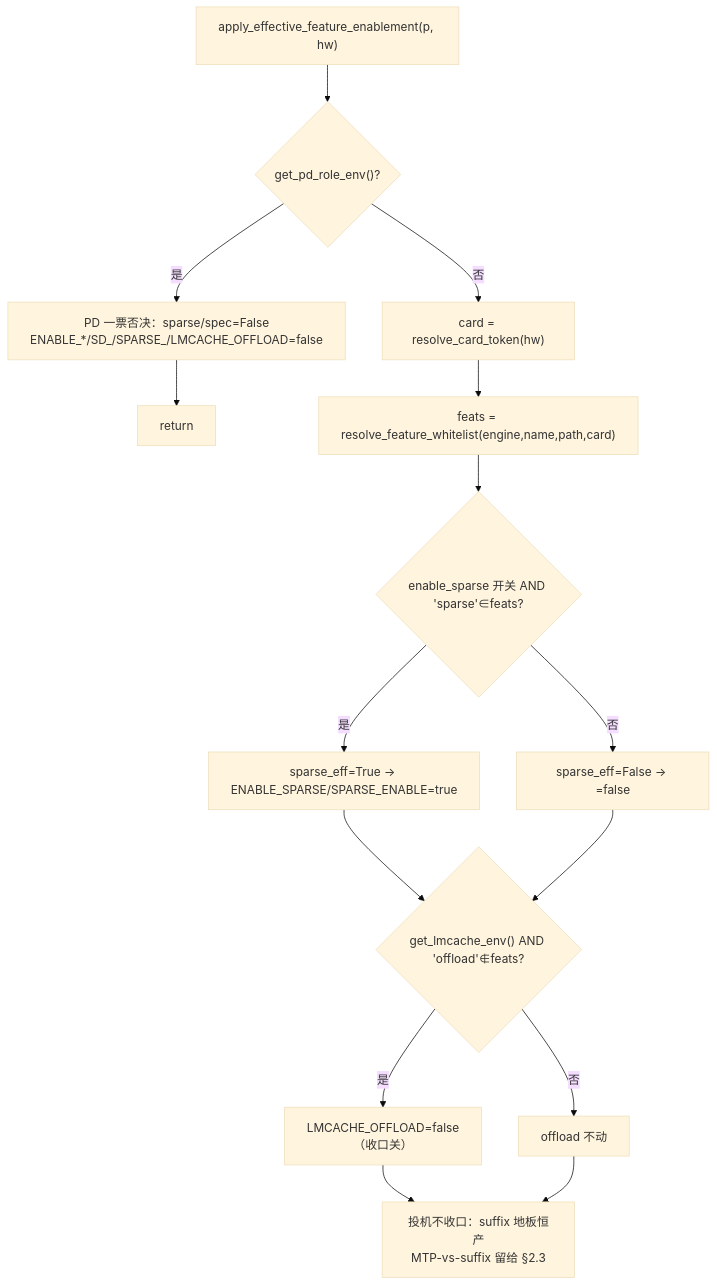
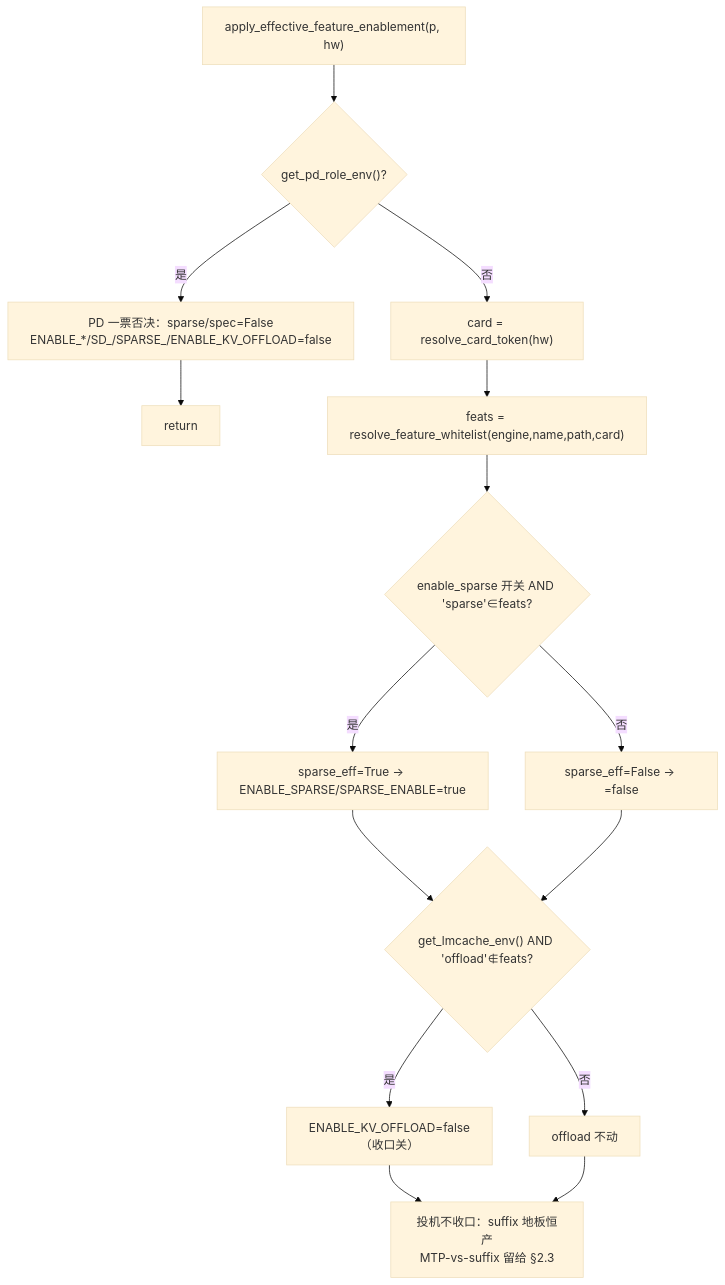
One commit to thegodloy-jpg/wings-control changed the first of 18 diagrams in xuqiu/smart/需求一-三特性使能.md. Above: the diagram before and after it, drawn with Mermaid (base theme). The commit also changed other lines of this file and 1 other file, not shown here.

````diff
--- a/xuqiu/smart/需求一-三特性使能.md
+++ b/xuqiu/smart/需求一-三特性使能.md
@@ -487,16 +573,16 @@
 ```mermaid
 flowchart TD
   A["apply_effective_feature_enablement(p, hw)"] --> B{"get_pd_role_env()?"}
-  B -- 是 --> C["PD 一票否决：sparse/spec=False<br/>ENABLE_*/SD_/SPARSE_/LMCACHE_OFFLOAD=false"] --> Z["return"]
+  B -- 是 --> C["PD 一票否决：sparse/spec=False<br/>ENABLE_*/SD_/SPARSE_/ENABLE_KV_OFFLOAD=false"] --> Z["return"]
   B -- 否 --> D["card = resolve_card_token(hw)"]
   D --> E["feats = resolve_feature_whitelist(engine,name,path,card)"]
   E --> F{"enable_sparse 开关 AND 'sparse'∈feats?"}
   F -- 是 --> G["sparse_eff=True → ENABLE_SPARSE/SPARSE_ENABLE=true"]
   F -- 否 --> H["sparse_eff=False → =false"]
   G --> I{"get_lmcache_env() AND 'offload'∉feats?"}
   H --> I
-  I -- 是 --> J["LMCACHE_OFFLOAD=false（收口关）"]
+  I -- 是 --> J["ENABLE_KV_OFFLOAD=false（收口关）"]
   I -- 否 --> K["offload 不动"]
   J --> L["投机不收口：suffix 地板恒产<br/>MTP-vs-suffix 留给 §2.3"]
   K --> L
 ```
````
